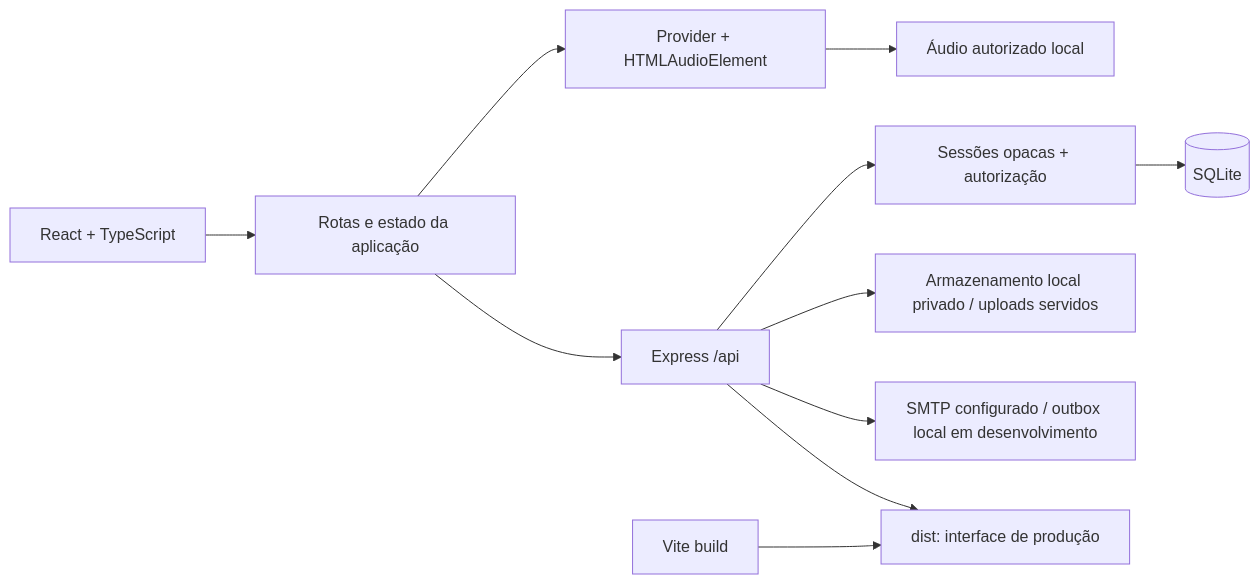
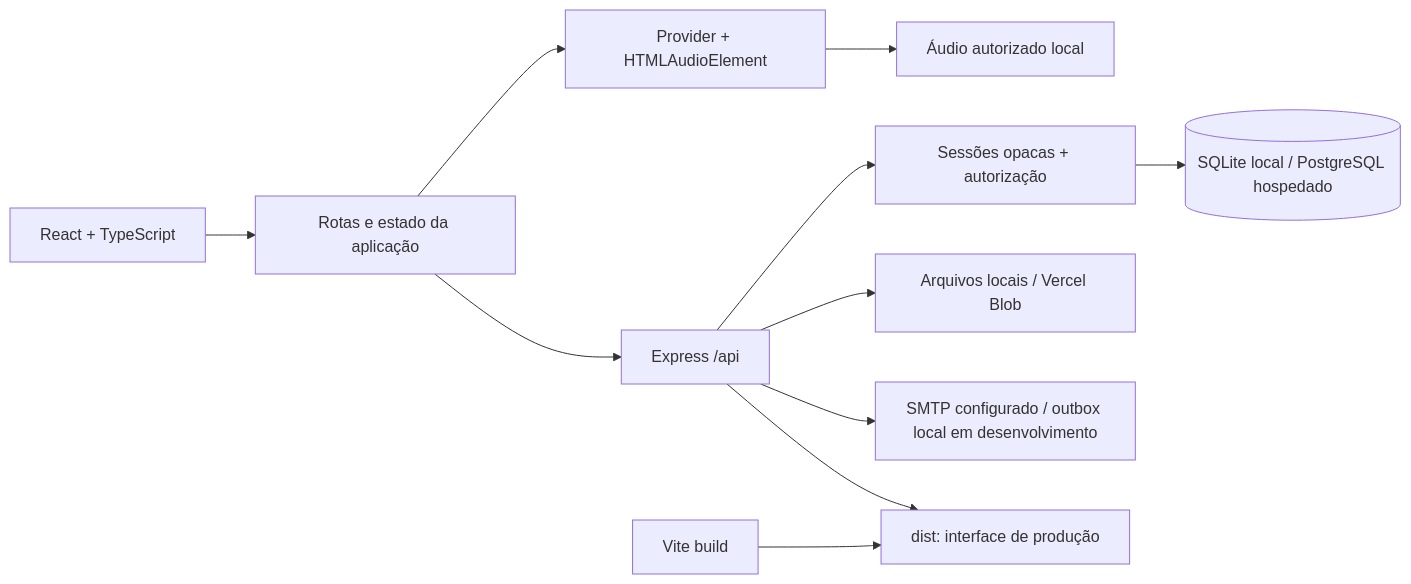
The diagram in ARQUITETURA.md (mjm5299545-source/spotfy), drawn with Mermaid before and after one commit. The commit also changed other lines of this file and 5 other files, not shown here.

````diff
--- a/ARQUITETURA.md
+++ b/ARQUITETURA.md
@@ -9,13 +9,13 @@
 ```mermaid
 flowchart LR
   UI[React + TypeScript] --> Router[Rotas e estado da aplicação]
   Router --> API[Express /api]
   Router --> Audio[Provider + HTMLAudioElement]
   Audio --> Media[Áudio autorizado local]
   API --> Auth[Sessões opacas + autorização]
-  Auth --> DB[(SQLite)]
-  API --> Uploads[Armazenamento local privado / uploads servidos]
+  Auth --> DB[(SQLite local / PostgreSQL hospedado)]
+  API --> Uploads[Arquivos locais / Vercel Blob]
   API --> Mail[SMTP configurado / outbox local em desenvolvimento]
   Build[Vite build] --> Static[dist: interface de produção]
   API --> Static
 ```
````
